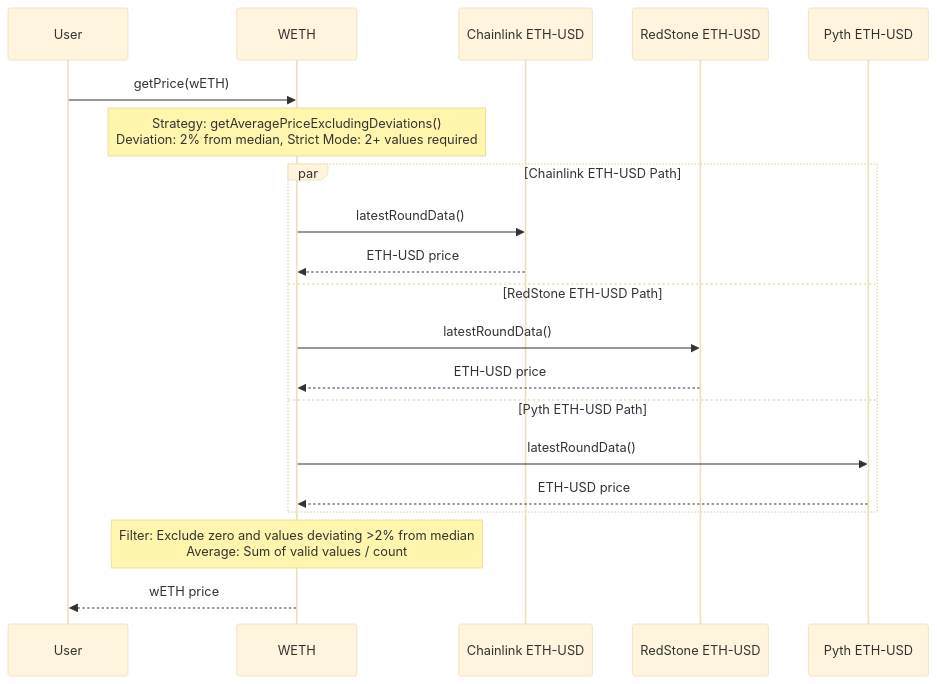
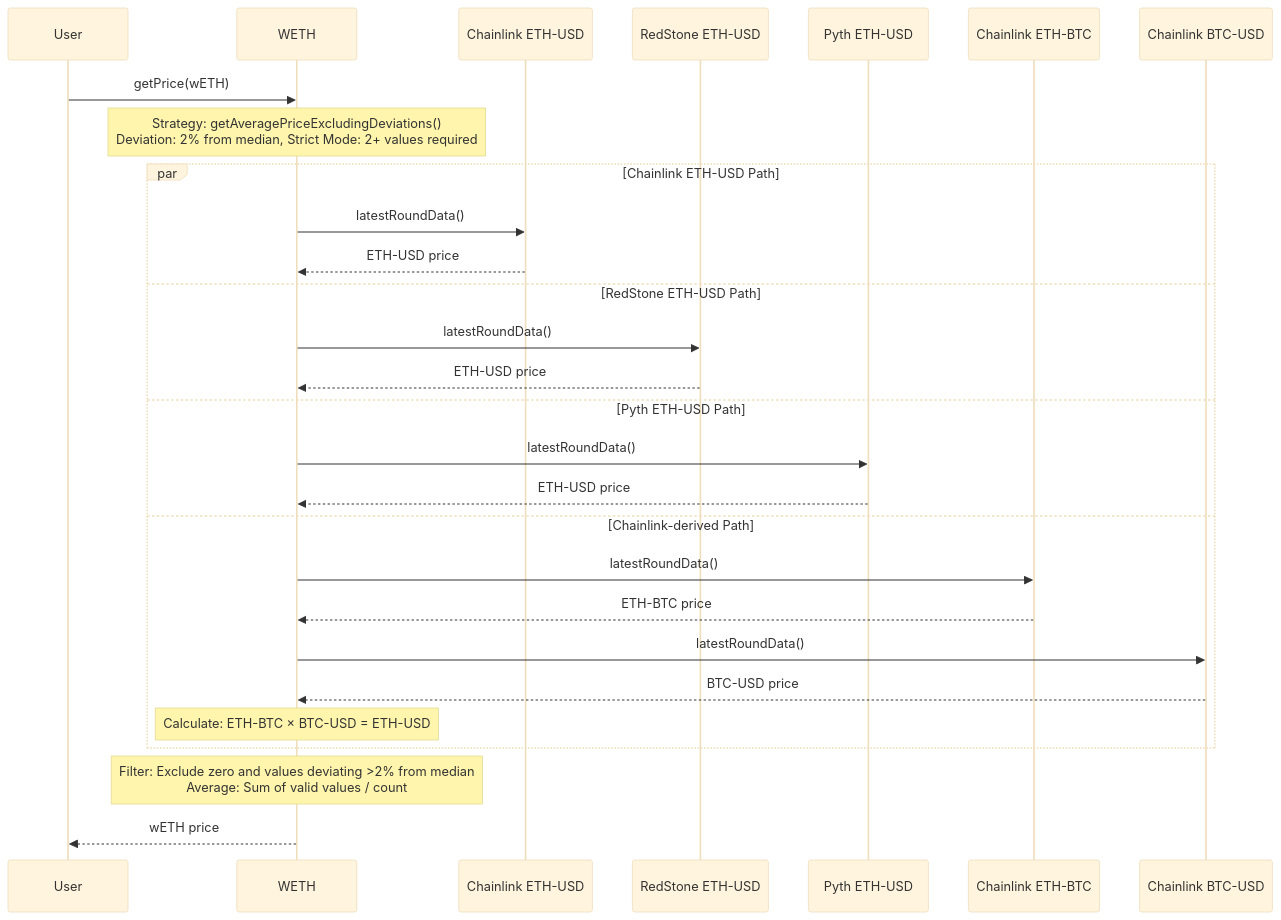
Before and after one commit to OlympusDAO/olympus-v3: the first of 3 diagrams in documentation/price.md, drawn with Mermaid (base theme). The commit also changed other lines of this file and 2 other files, not shown here.

Commit message:
fix: add Chainlink ETH-BTCxBTC-USD as fourth price feed for ETH

````diff
--- a/documentation/price.md
+++ b/documentation/price.md
@@ -41,26 +41,34 @@
 ```mermaid
 sequenceDiagram
     participant User
     participant WETH
     participant CL_ETH as Chainlink ETH-USD
     participant RS_ETH as RedStone ETH-USD
     participant Pyth_ETH as Pyth ETH-USD
+    participant CL_ETHBTC as Chainlink ETH-BTC
+    participant CL_BTCUSD as Chainlink BTC-USD
 
     User->>WETH: getPrice(wETH)
 
     Note over WETH: Strategy: getAveragePriceExcludingDeviations()<br/>Deviation: 2% from median, Strict Mode: 2+ values required
 
     par Chainlink ETH-USD Path
         WETH->>CL_ETH: latestRoundData()
         CL_ETH-->>WETH: ETH-USD price
     and RedStone ETH-USD Path
         WETH->>RS_ETH: latestRoundData()
         RS_ETH-->>WETH: ETH-USD price
     and Pyth ETH-USD Path
         WETH->>Pyth_ETH: latestRoundData()
         Pyth_ETH-->>WETH: ETH-USD price
+    and Chainlink-derived Path
+        WETH->>CL_ETHBTC: latestRoundData()
+        CL_ETHBTC-->>WETH: ETH-BTC price
+        WETH->>CL_BTCUSD: latestRoundData()
+        CL_BTCUSD-->>WETH: BTC-USD price
+        Note over WETH: Calculate: ETH-BTC × BTC-USD = ETH-USD
     end
 
     Note over WETH: Filter: Exclude zero and values deviating >2% from median<br/>Average: Sum of valid values / count
     WETH-->>User: wETH price
 ```
````
